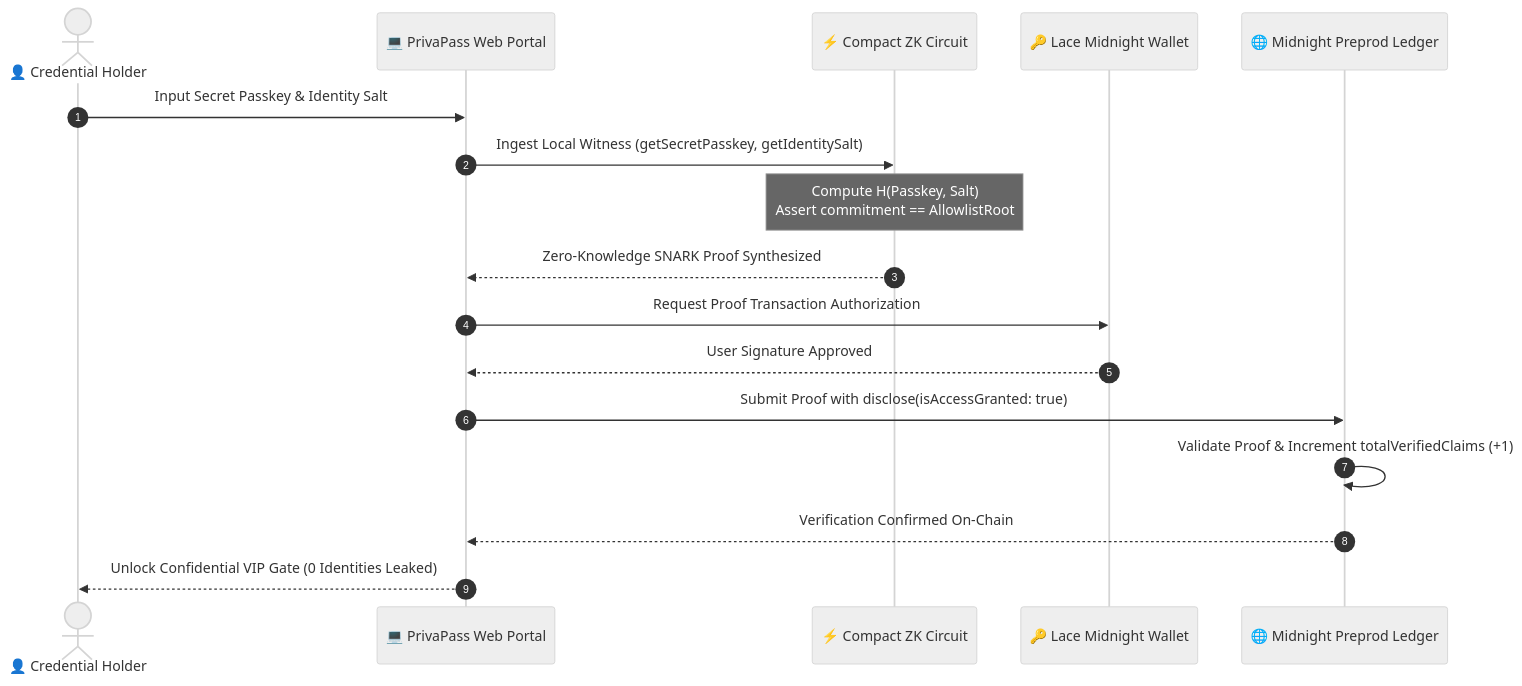
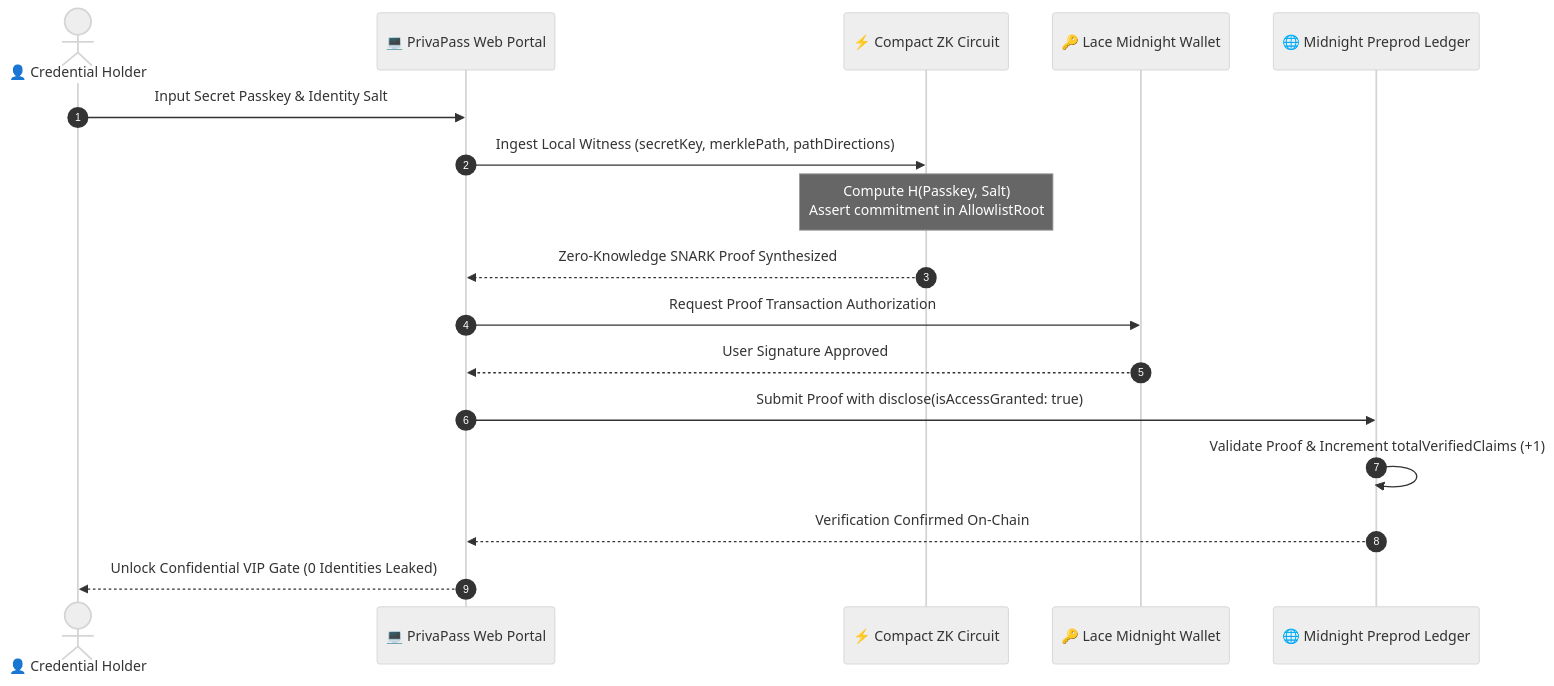
One commit to suurajku-ux/PrivaPass changed the second of 2 diagrams in README.md. Above: the diagram before and after it, drawn with Mermaid (neutral theme). The commit also changed other lines of this file and 5 other files, not shown here.

````diff
--- a/README.md
+++ b/README.md
@@ -111,20 +116,20 @@
 ```mermaid
 sequenceDiagram
     autonumber
     actor User as 👤 Credential Holder
     participant UI as 💻 PrivaPass Web Portal
     participant Circuit as ⚡ Compact ZK Circuit
     participant Wallet as 🔑 Lace Midnight Wallet
     participant Preprod as 🌐 Midnight Preprod Ledger
 
     User->>UI: Input Secret Passkey & Identity Salt
-    UI->>Circuit: Ingest Local Witness (getSecretPasskey, getIdentitySalt)
-    Note over Circuit: Compute H(Passkey, Salt)<br/>Assert commitment == AllowlistRoot
+    UI->>Circuit: Ingest Local Witness (secretKey, merklePath, pathDirections)
+    Note over Circuit: Compute H(Passkey, Salt)<br/>Assert commitment in AllowlistRoot
     Circuit-->>UI: Zero-Knowledge SNARK Proof Synthesized
     UI->>Wallet: Request Proof Transaction Authorization
     Wallet-->>UI: User Signature Approved
     UI->>Preprod: Submit Proof with disclose(isAccessGranted: true)
     Preprod->>Preprod: Validate Proof & Increment totalVerifiedClaims (+1)
     Preprod-->>UI: Verification Confirmed On-Chain
     UI-->>User: Unlock Confidential VIP Gate (0 Identities Leaked)
 ```
````
